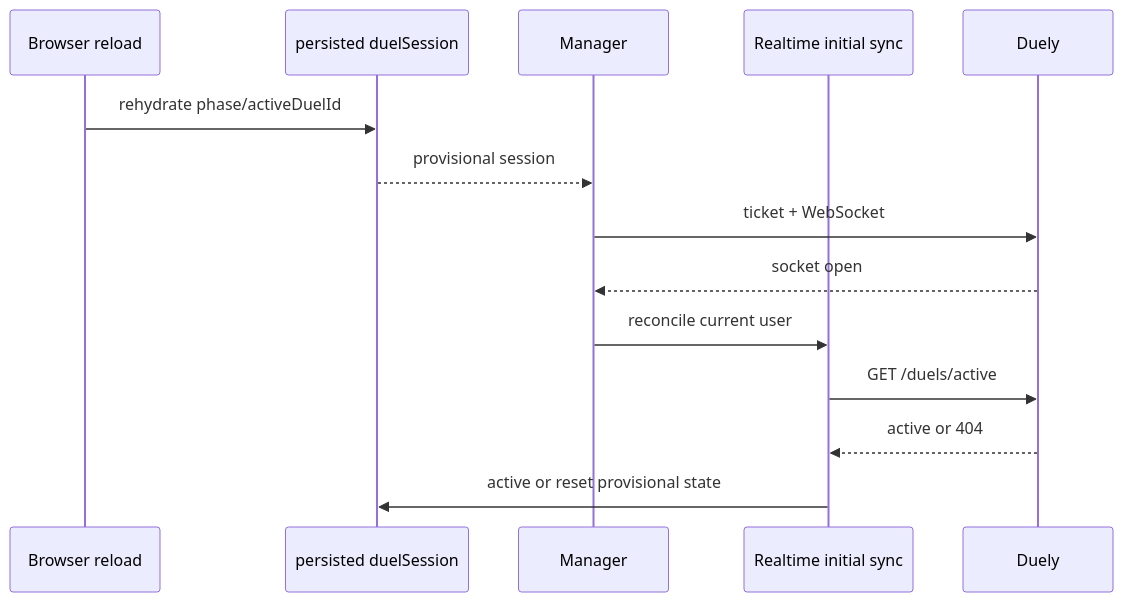
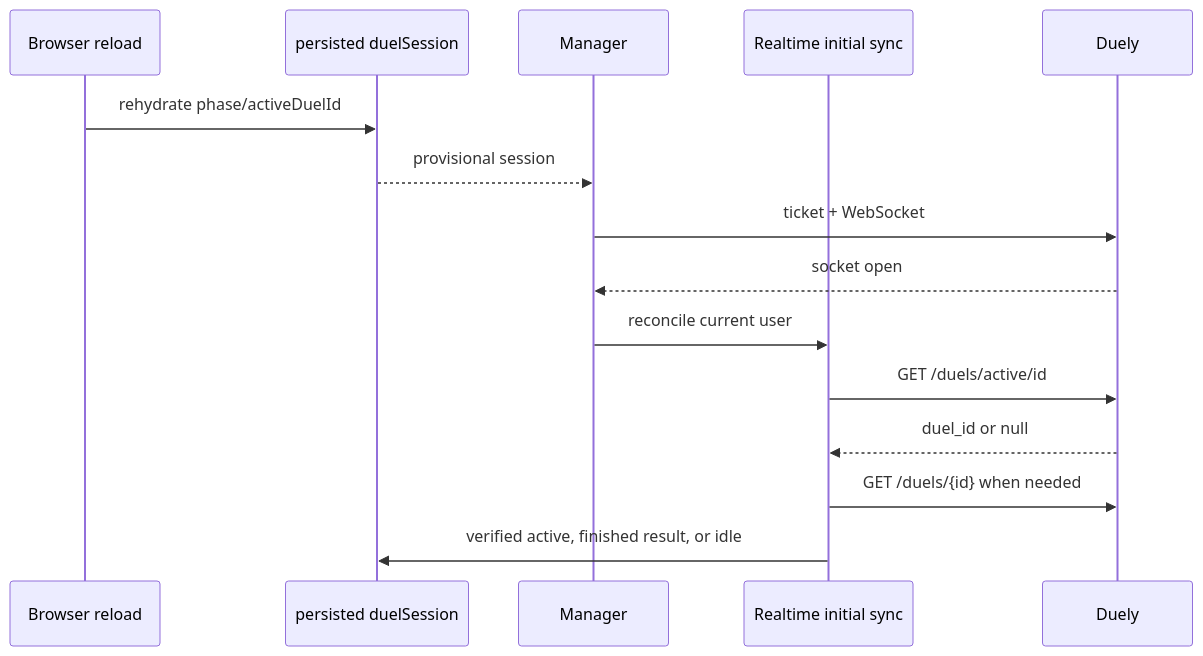
The diagram in docs/processes/duel-session-lifecycle.md (DIvanCode/CoDuels-Frontend), drawn with Mermaid before and after one commit. The commit also changed other lines of this file and 12 other files, not shown here.

Commit message:
feat(duel-session): restore active duel from nullable ID (#114)

````diff
--- a/docs/processes/duel-session-lifecycle.md
+++ b/docs/processes/duel-session-lifecycle.md
@@ -66,16 +67,17 @@
 ```mermaid
 sequenceDiagram
     participant B as Browser reload
     participant S as persisted duelSession
     participant M as Manager
     participant R as Realtime initial sync
     participant D as Duely
     B->>S: rehydrate phase/activeDuelId
     S-->>M: provisional session
     M->>D: ticket + WebSocket
     D-->>M: socket open
     M->>R: reconcile current user
-    R->>D: GET /duels/active
-    D-->>R: active or 404
-    R->>S: active or reset provisional state
+    R->>D: GET /duels/active/id
+    D-->>R: duel_id or null
+    R->>D: GET /duels/{id} when needed
+    R->>S: verified active, finished result, or idle
 ```
````
